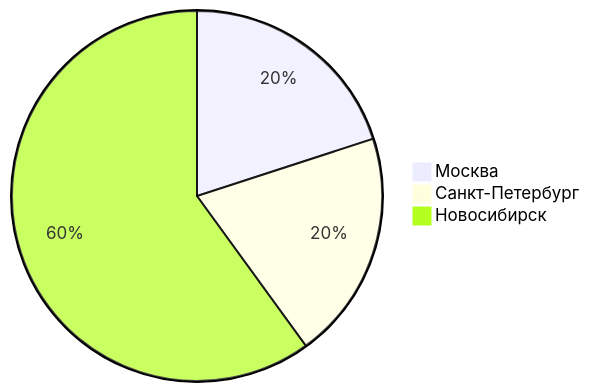
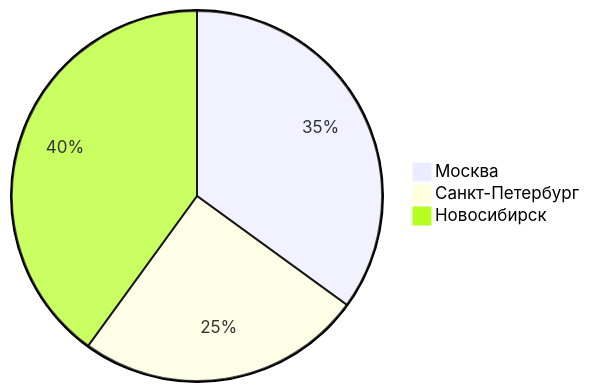
Before and after one commit to andrey-918/highload-auto.ru: the second of 2 diagrams in README.md, drawn with Mermaid. The commit also changed other lines of this file, not shown here.

````diff
--- a/README.md
+++ b/README.md
@@ -261,6 +264,6 @@
 ```mermaid
 pie
-  "Москва": 20
-  "Санкт-Петербург": 20
-  "Новосибирск": 60
+  "Москва": 35
+  "Санкт-Петербург": 25
+  "Новосибирск": 40
 ```
````
